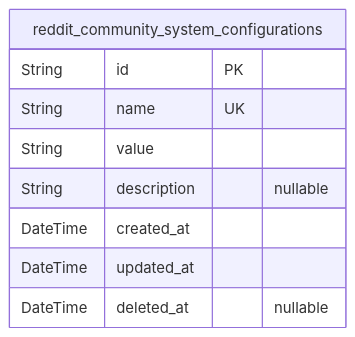
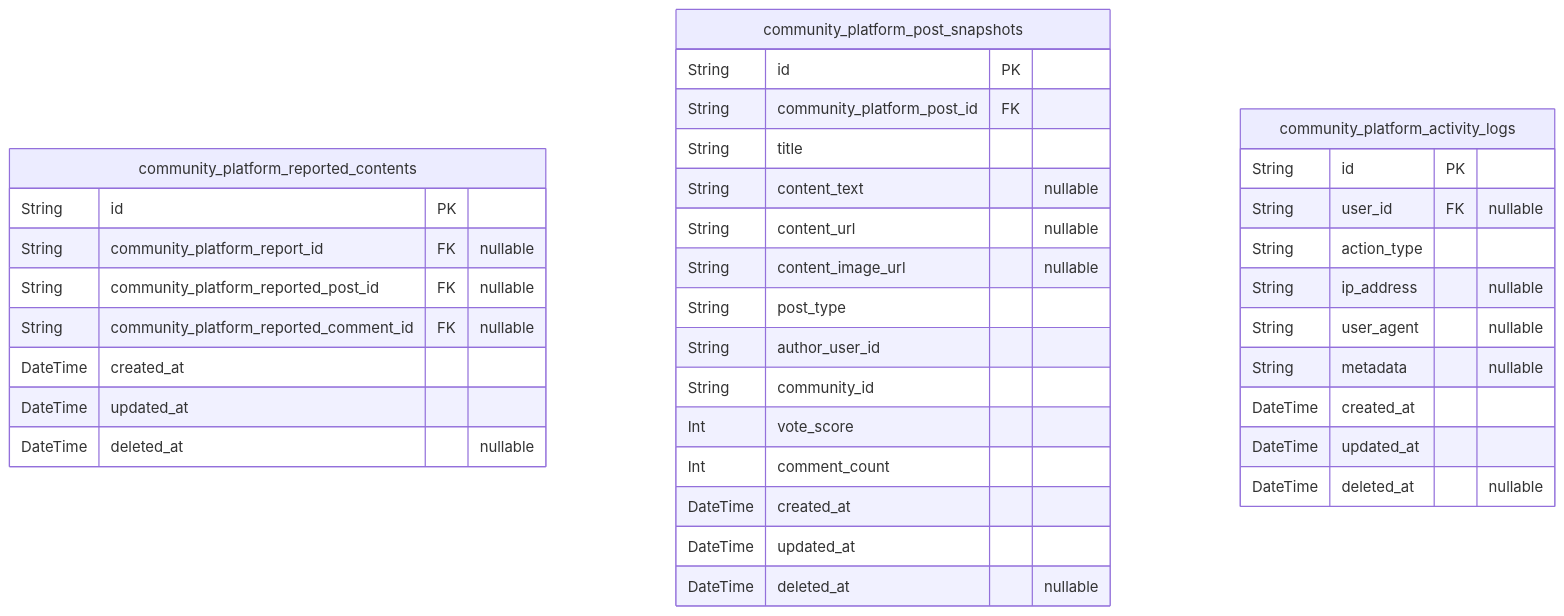
The second of 7 diagrams in openai/gpt-4.1-mini/reddit/docs/ERD.md (wrtnlabs/autobe-examples), drawn with Mermaid before and after one commit. The commit also changed other lines of this file and 23872 other files, not shown here.

````diff
--- a/openai/gpt-4.1-mini/reddit/docs/ERD.md
+++ b/openai/gpt-4.1-mini/reddit/docs/ERD.md
@@ -13,12 +447,39 @@
 ```mermaid
 erDiagram
-"reddit_community_system_configurations" {
+"community_platform_reported_contents" {
   String id PK
-  String name UK
-  String value
-  String description "nullable"
+  String community_platform_report_id FK "nullable"
+  String community_platform_reported_post_id FK "nullable"
+  String community_platform_reported_comment_id FK "nullable"
+  DateTime created_at
+  DateTime updated_at
+  DateTime deleted_at "nullable"
+}
+"community_platform_post_snapshots" {
+  String id PK
+  String community_platform_post_id FK
+  String title
+  String content_text "nullable"
+  String content_url "nullable"
+  String content_image_url "nullable"
+  String post_type
+  String author_user_id
+  String community_id
+  Int vote_score
+  Int comment_count
+  DateTime created_at
+  DateTime updated_at
+  DateTime deleted_at "nullable"
+}
+"community_platform_activity_logs" {
+  String id PK
+  String user_id FK "nullable"
+  String action_type
+  String ip_address "nullable"
+  String user_agent "nullable"
+  String metadata "nullable"
   DateTime created_at
   DateTime updated_at
   DateTime deleted_at "nullable"
 }
 ```
````
